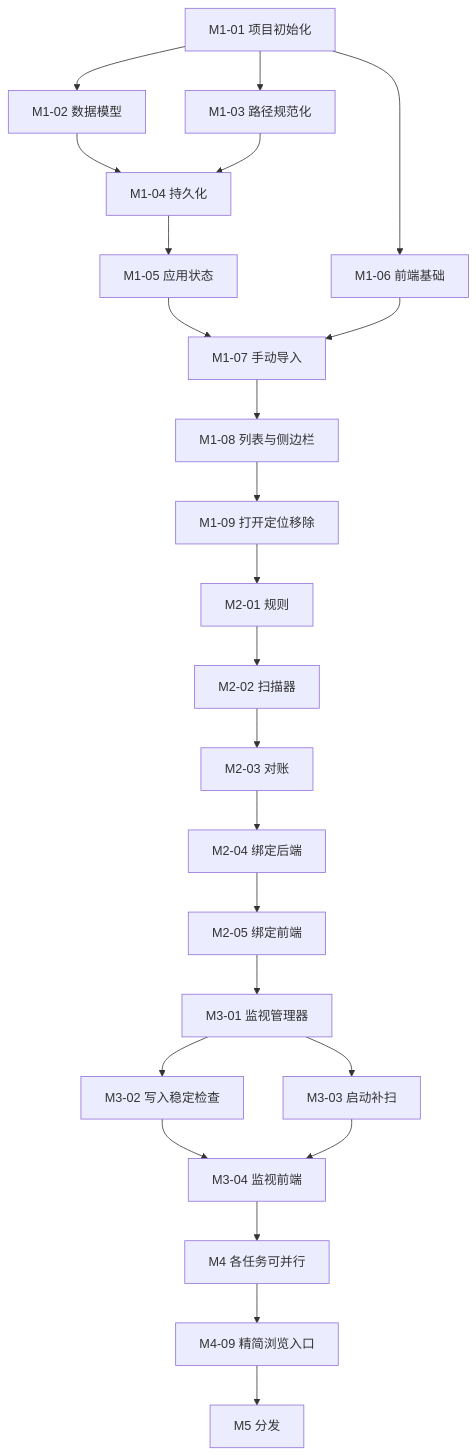
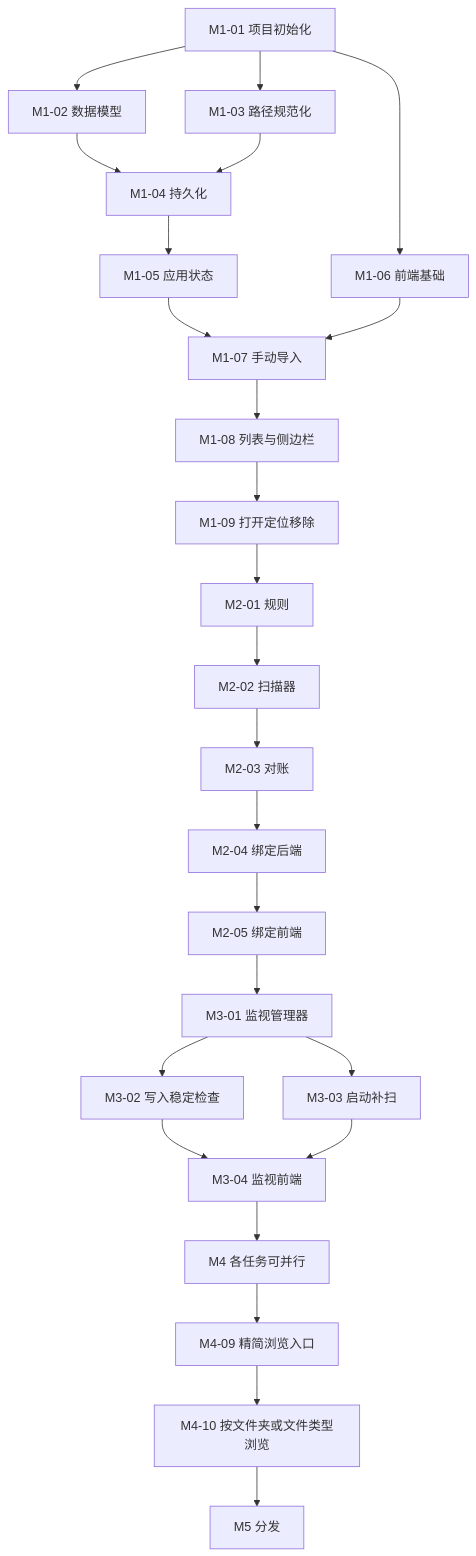
The diagram in docs/PLAN.md (623zhu/file_link), drawn with Mermaid before and after one commit. The commit also changed other lines of this file and 8 other files, not shown here.

````diff
--- a/docs/PLAN.md
+++ b/docs/PLAN.md
@@ -99,29 +100,30 @@
 ```mermaid
 flowchart TD
   M1_01[M1-01 项目初始化] --> M1_02[M1-02 数据模型]
   M1_01 --> M1_03[M1-03 路径规范化]
   M1_01 --> M1_06[M1-06 前端基础]
   M1_02 --> M1_04[M1-04 持久化]
   M1_03 --> M1_04
   M1_04 --> M1_05[M1-05 应用状态]
   M1_05 --> M1_07[M1-07 手动导入]
   M1_06 --> M1_07
   M1_07 --> M1_08[M1-08 列表与侧边栏]
   M1_08 --> M1_09[M1-09 打开定位移除]
 
   M1_09 --> M2_01[M2-01 规则]
   M2_01 --> M2_02[M2-02 扫描器]
   M2_02 --> M2_03[M2-03 对账]
   M2_03 --> M2_04[M2-04 绑定后端]
   M2_04 --> M2_05[M2-05 绑定前端]
 
   M2_05 --> M3_01[M3-01 监视管理器]
   M3_01 --> M3_02[M3-02 写入稳定检查]
   M3_01 --> M3_03[M3-03 启动补扫]
   M3_02 --> M3_04[M3-04 监视前端]
   M3_03 --> M3_04
 
   M3_04 --> M4[M4 各任务可并行]
   M4 --> M4_09[M4-09 精简浏览入口]
-  M4_09 --> M5[M5 分发]
+  M4_09 --> M4_10[M4-10 按文件夹或文件类型浏览]
+  M4_10 --> M5[M5 分发]
 ```
````
